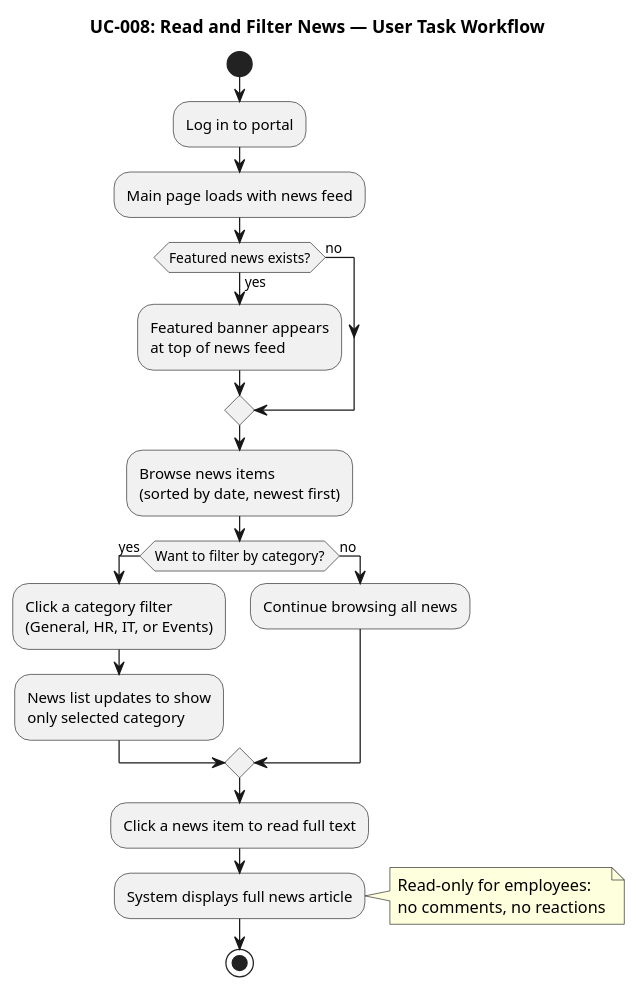
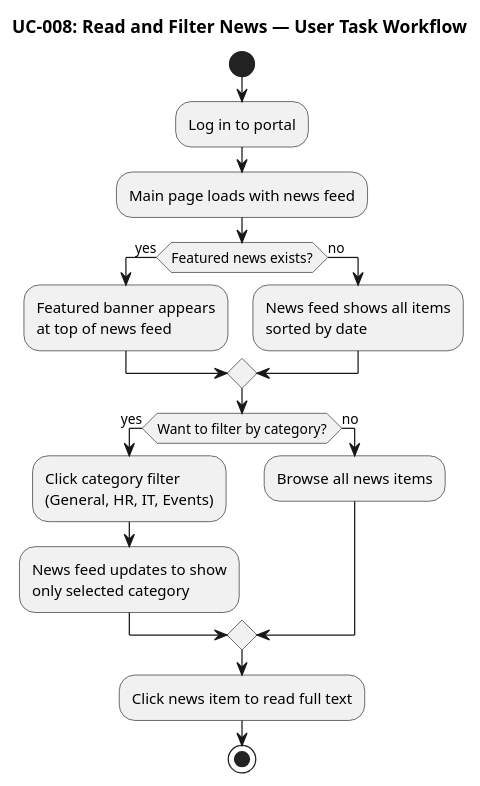
One commit to banense-test/portal-cuba-corp changed the seventh of 10 diagrams in docs/artifacts/deployment/user-documentation.md. Above: the diagram before and after it, drawn with PlantUML. The commit also changed other lines of this file, not shown here.

````diff
--- a/docs/artifacts/deployment/user-documentation.md
+++ b/docs/artifacts/deployment/user-documentation.md
@@ -375,36 +384,29 @@
 ```plantuml
 @startuml
 title UC-008: Read and Filter News — User Task Workflow
 
 skinparam activityStyle rounded
 
 start
 :Log in to portal;
 :Main page loads with news feed;
 
 if (Featured news exists?) then (yes)
   :Featured banner appears\nat top of news feed;
 else (no)
+  :News feed shows all items\nsorted by date;
 endif
 
-:Browse news items\n(sorted by date, newest first);
-
 if (Want to filter by category?) then (yes)
-  :Click a category filter\n(General, HR, IT, or Events);
-  :News list updates to show\nonly selected category;
+  :Click category filter\n(General, HR, IT, Events);
+  :News feed updates to show\nonly selected category;
 else (no)
-  :Continue browsing all news;
+  :Browse all news items;
 endif
 
-:Click a news item to read full text;
-:System displays full news article;
-
-note right
-  Read-only for employees:
-  no comments, no reactions
-end note
+:Click news item to read full text;
 
 stop
 
 @enduml
 ```
````
